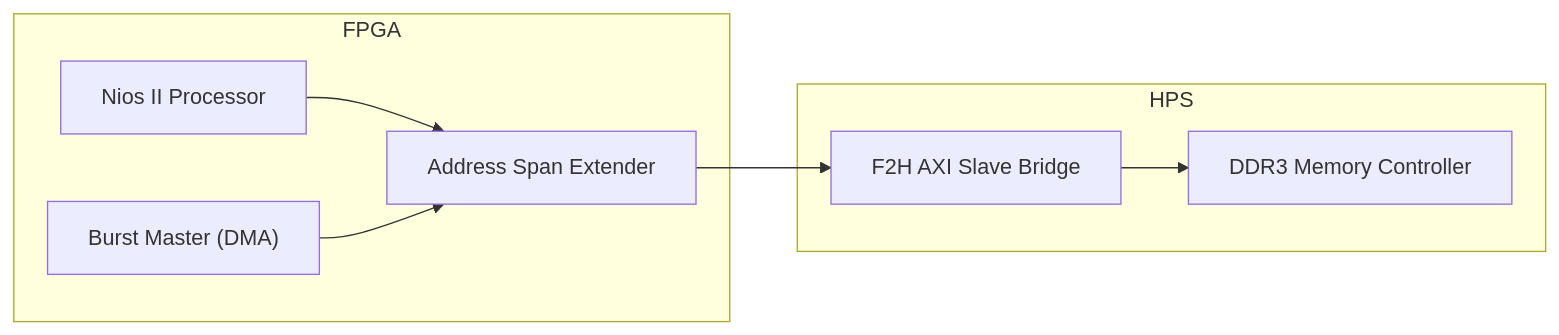
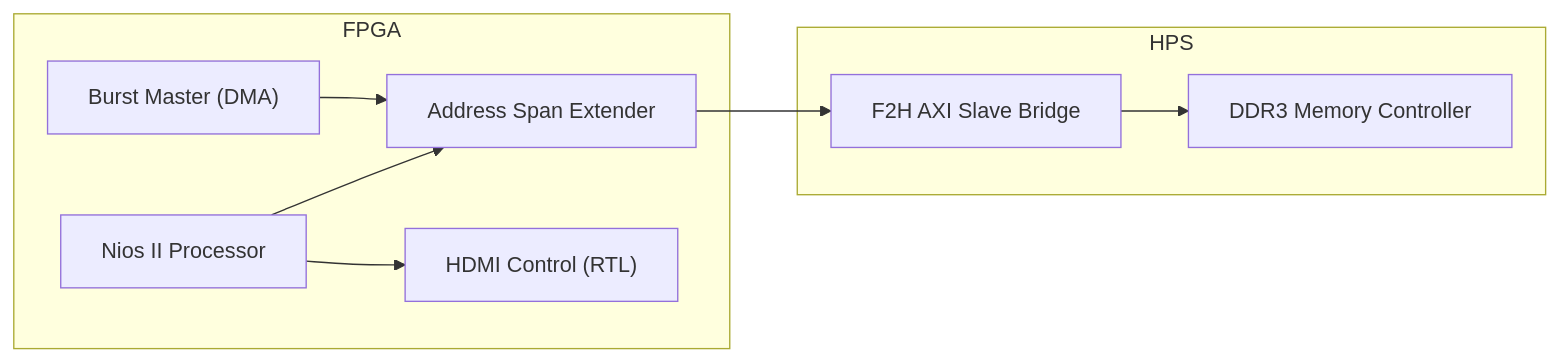
The diagram in README.md (bccha/video_processing), drawn with Mermaid before and after one commit. The commit also changed other lines of this file and 1 other file, not shown here.

Commit message:
Add NIOS.md with menu tree documentation and update README.md

````diff
--- a/README.md
+++ b/README.md
@@ -14,18 +18,20 @@
 ```mermaid
 graph LR
     subgraph FPGA
         Nios["Nios II Processor"]
         BM["Burst Master (DMA)"]
         ASE["Address Span Extender"]
+        HCP["HDMI Control (RTL)"]
     end
 
     subgraph HPS
         AXI["F2H AXI Slave Bridge"]
         DDR["DDR3 Memory Controller"]
     end
 
     Nios --> ASE
+    Nios --> HCP
     BM --> ASE
     ASE --> AXI
     AXI --> DDR
 ```
````
